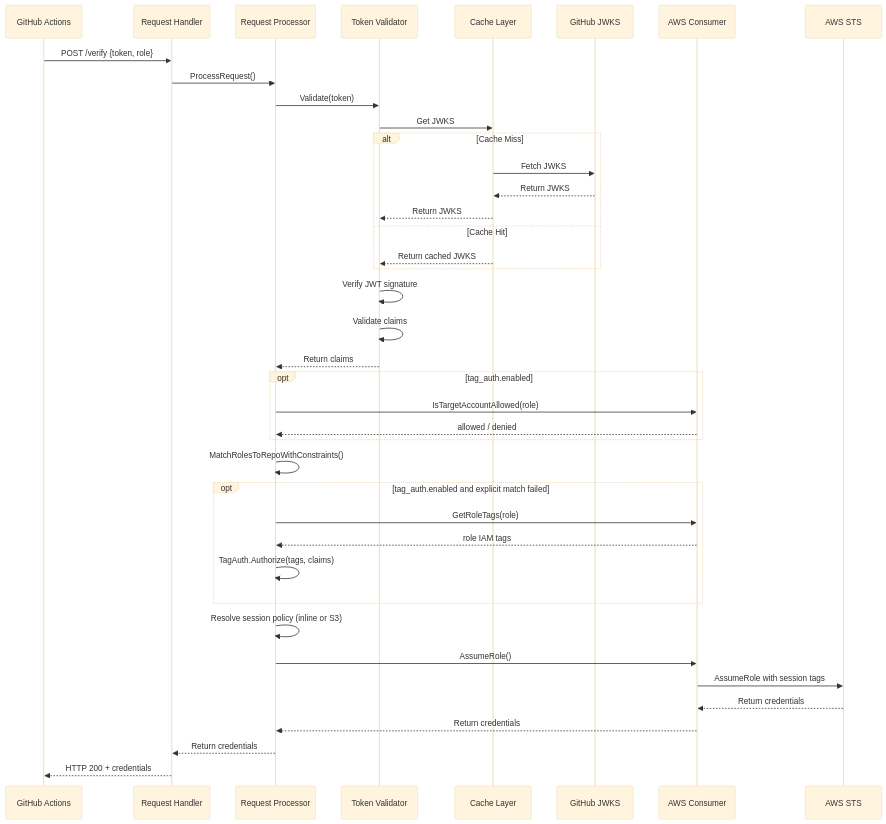
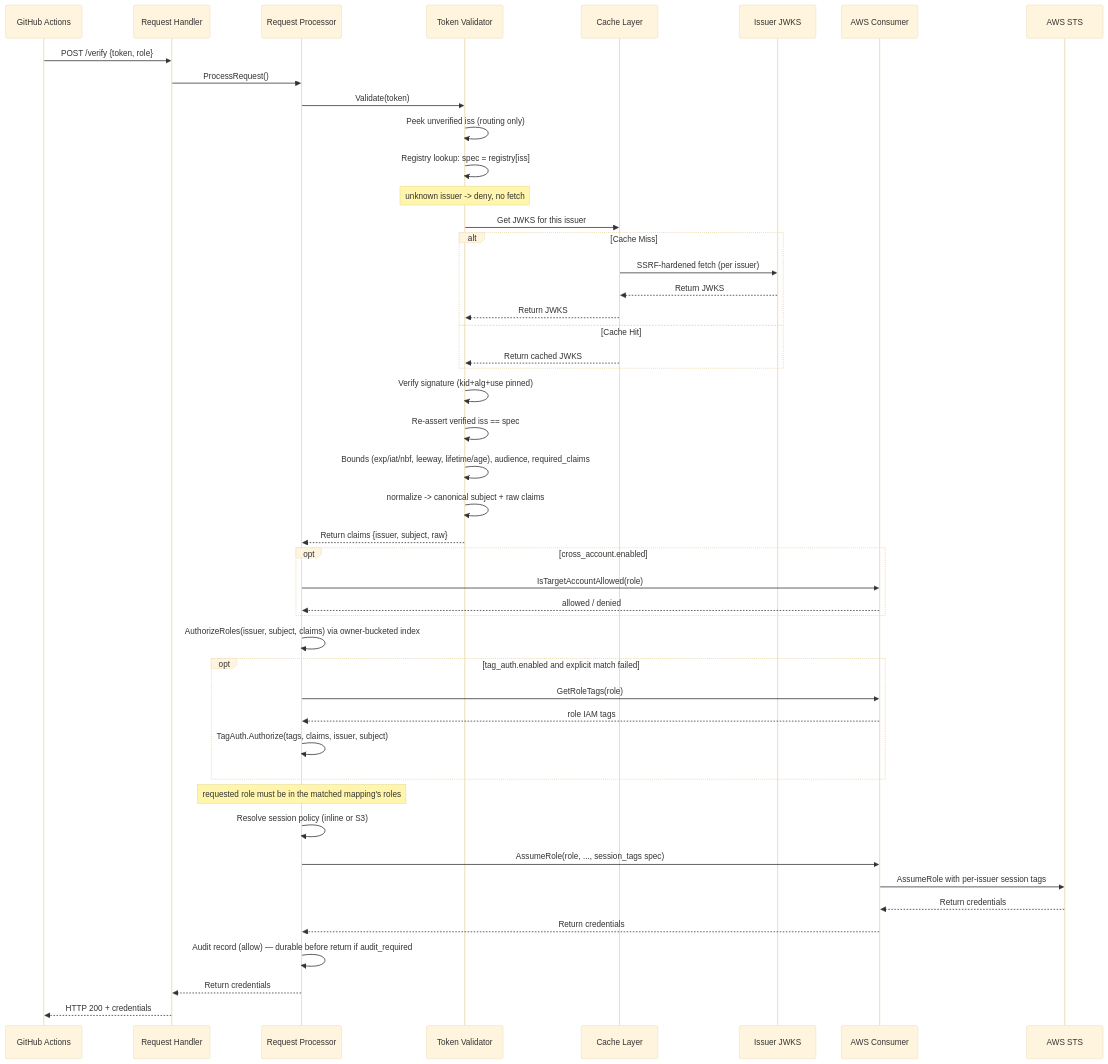
The second of 7 diagrams in docs/ARCHITECTURE.md (boogy/aws-oidc-warden), drawn with Mermaid (base theme) before and after one commit. The commit also changed other lines of this file and 108 other files, not shown here.

First line of the commit message:
feat: v2 multi-issuer OIDC validation, issuer-bound authz & session tags (#244)

````diff
--- a/docs/ARCHITECTURE.md
+++ b/docs/ARCHITECTURE.md
@@ -112,51 +112,58 @@
 ```mermaid
 sequenceDiagram
     participant Client as GitHub Actions
     participant Handler as Request Handler
     participant Processor as Request Processor
     participant Validator as Token Validator
     participant Cache as Cache Layer
-    participant JWKS as GitHub JWKS
+    participant JWKS as Issuer JWKS
     participant Consumer as AWS Consumer
     participant STS as AWS STS
 
     Client->>Handler: POST /verify {token, role}
     Handler->>Processor: ProcessRequest()
 
     Processor->>Validator: Validate(token)
-    Validator->>Cache: Get JWKS
+    Validator->>Validator: Peek unverified iss (routing only)
+    Validator->>Validator: Registry lookup: spec = registry[iss]
+    Note over Validator: unknown issuer -> deny, no fetch
+    Validator->>Cache: Get JWKS for this issuer
 
     alt Cache Miss
-        Cache->>JWKS: Fetch JWKS
+        Cache->>JWKS: SSRF-hardened fetch (per issuer)
         JWKS-->>Cache: Return JWKS
         Cache-->>Validator: Return JWKS
     else Cache Hit
         Cache-->>Validator: Return cached JWKS
     end
 
-    Validator->>Validator: Verify JWT signature
-    Validator->>Validator: Validate claims
-    Validator-->>Processor: Return claims
+    Validator->>Validator: Verify signature (kid+alg+use pinned)
+    Validator->>Validator: Re-assert verified iss == spec
+    Validator->>Validator: Bounds (exp/iat/nbf, leeway, lifetime/age), audience, required_claims
+    Validator->>Validator: normalize -> canonical subject + raw claims
+    Validator-->>Processor: Return claims {issuer, subject, raw}
 
-    opt tag_auth.enabled
+    opt cross_account.enabled
         Processor->>Consumer: IsTargetAccountAllowed(role)
         Consumer-->>Processor: allowed / denied
     end
 
-    Processor->>Processor: MatchRolesToRepoWithConstraints()
+    Processor->>Processor: AuthorizeRoles(issuer, subject, claims) via owner-bucketed index
 
     opt tag_auth.enabled and explicit match failed
         Processor->>Consumer: GetRoleTags(role)
         Consumer-->>Processor: role IAM tags
-        Processor->>Processor: TagAuth.Authorize(tags, claims)
+        Processor->>Processor: TagAuth.Authorize(tags, claims, issuer, subject)
     end
 
+    Note over Processor: requested role must be in the matched mapping's roles
     Processor->>Processor: Resolve session policy (inline or S3)
-    Processor->>Consumer: AssumeRole()
+    Processor->>Consumer: AssumeRole(role, ..., session_tags spec)
 
-    Consumer->>STS: AssumeRole with session tags
+    Consumer->>STS: AssumeRole with per-issuer session tags
     STS-->>Consumer: Return credentials
     Consumer-->>Processor: Return credentials
+    Processor->>Processor: Audit record (allow) — durable before return if audit_required
     Processor-->>Handler: Return credentials
     Handler-->>Client: HTTP 200 + credentials
 ```
````
